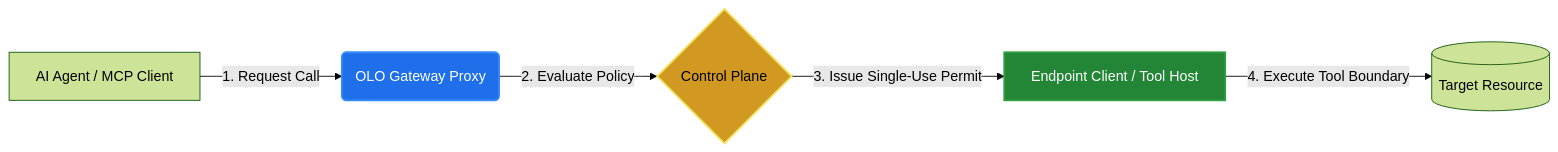
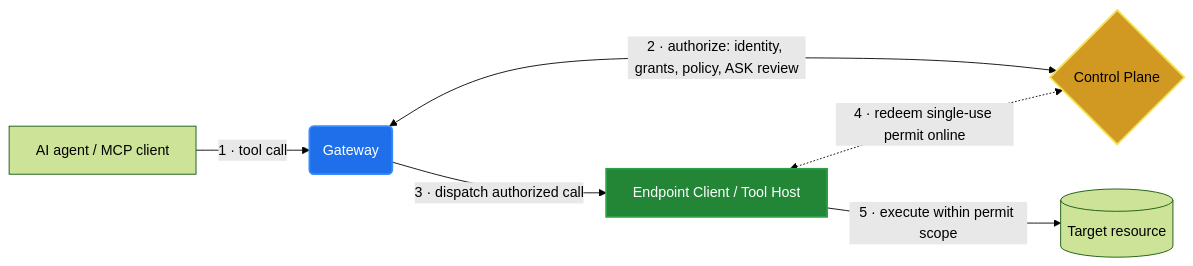
Before and after one commit to Aaqibhafeezkhan/olo-toolgate: the diagram in README.md, drawn with Mermaid (forest theme). The commit also changed other lines of this file, not shown here.

First line of the commit message:
Reorder README for onboarding and separate the execution and permit paths

````diff
--- a/README.md
+++ b/README.md
@@ -33,11 +73,12 @@
 ```mermaid
-graph LR
-    A[AI Agent / MCP Client] -->|1. Request Call| B(OLO Gateway Proxy)
-    B -->|2. Evaluate Policy| C{Control Plane}
-    C -->|3. Issue Single-Use Permit| D[Endpoint Client / Tool Host]
-    D -->|4. Execute Tool Boundary| E[(Target Resource)]
+flowchart LR
+    A["AI agent / MCP client"] -->|"1 · tool call"| G("Gateway")
+    G <-->|"2 · authorize: identity, grants, policy, ASK review"| C{"Control Plane"}
+    G -->|"3 · dispatch authorized call"| X["Endpoint Client / Tool Host"]
+    X <-.->|"4 · redeem single-use permit online"| C
+    X -->|"5 · execute within permit scope"| R[("Target resource")]
 
-    style B fill:#1f6feb,stroke:#388bfd,stroke-width:2px,color:#fff
+    style G fill:#1f6feb,stroke:#388bfd,stroke-width:2px,color:#fff
     style C fill:#d29922,stroke:#f1e05a,stroke-width:2px,color:#000
-    style D fill:#238636,stroke:#2ea043,stroke-width:2px,color:#fff
+    style X fill:#238636,stroke:#2ea043,stroke-width:2px,color:#fff
 ```
````
